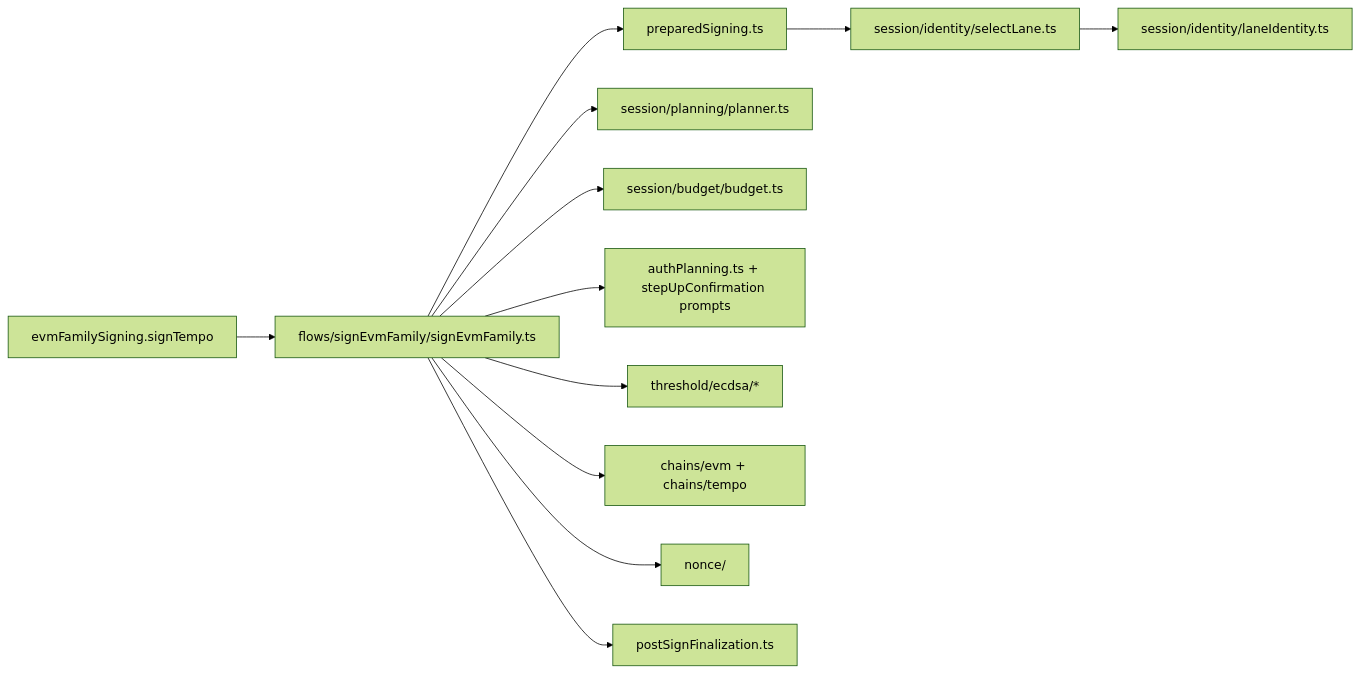
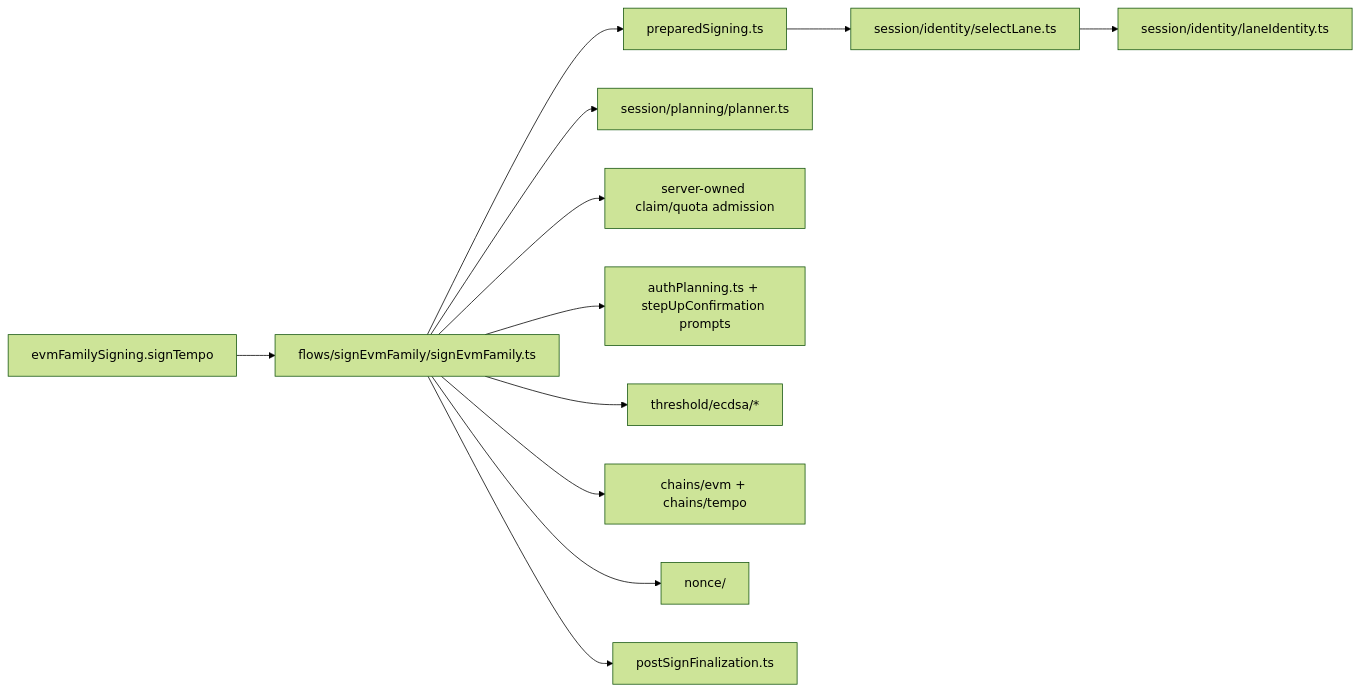
Before and after one commit to seams-tech/seams-sdk: the third of 4 diagrams in packages/sdk-web/src/core/signingEngine/README.md, drawn with Mermaid (forest theme). The commit also changed other lines of this file, not shown here.

Commit message:
docs(refactor90): align signing engine architecture

````diff
--- a/packages/sdk-web/src/core/signingEngine/README.md
+++ b/packages/sdk-web/src/core/signingEngine/README.md
@@ -157,14 +154,14 @@
 ```mermaid
 flowchart LR
   RT["evmFamilySigning.signTempo"] --> OP["flows/signEvmFamily/signEvmFamily.ts"]
   OP --> PREP["preparedSigning.ts"]
   PREP --> SELECT["session/identity/selectLane.ts"]
   SELECT --> ID["session/identity/laneIdentity.ts"]
   OP --> PLAN["session/planning/planner.ts"]
-  OP --> BUDGET["session/budget/budget.ts"]
+  OP --> CLAIM["server-owned claim/quota admission"]
   OP --> AUTH["authPlanning.ts + stepUpConfirmation prompts"]
   OP --> TH["threshold/ecdsa/*"]
   OP --> CH["chains/evm + chains/tempo"]
   OP --> NONCE["nonce/"]
   OP --> FINAL["postSignFinalization.ts"]
 ```
````
